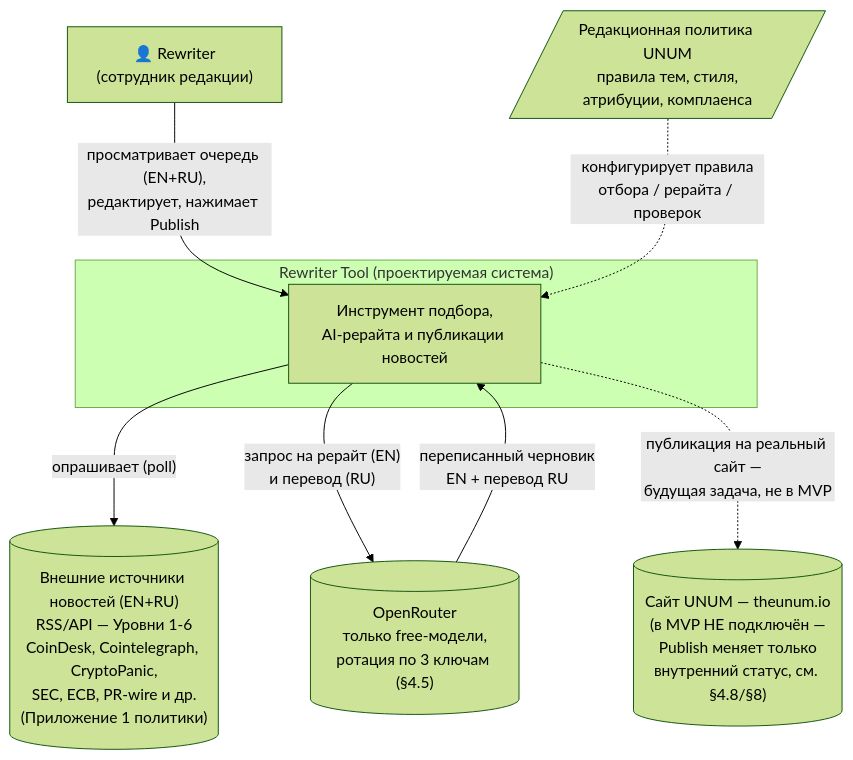
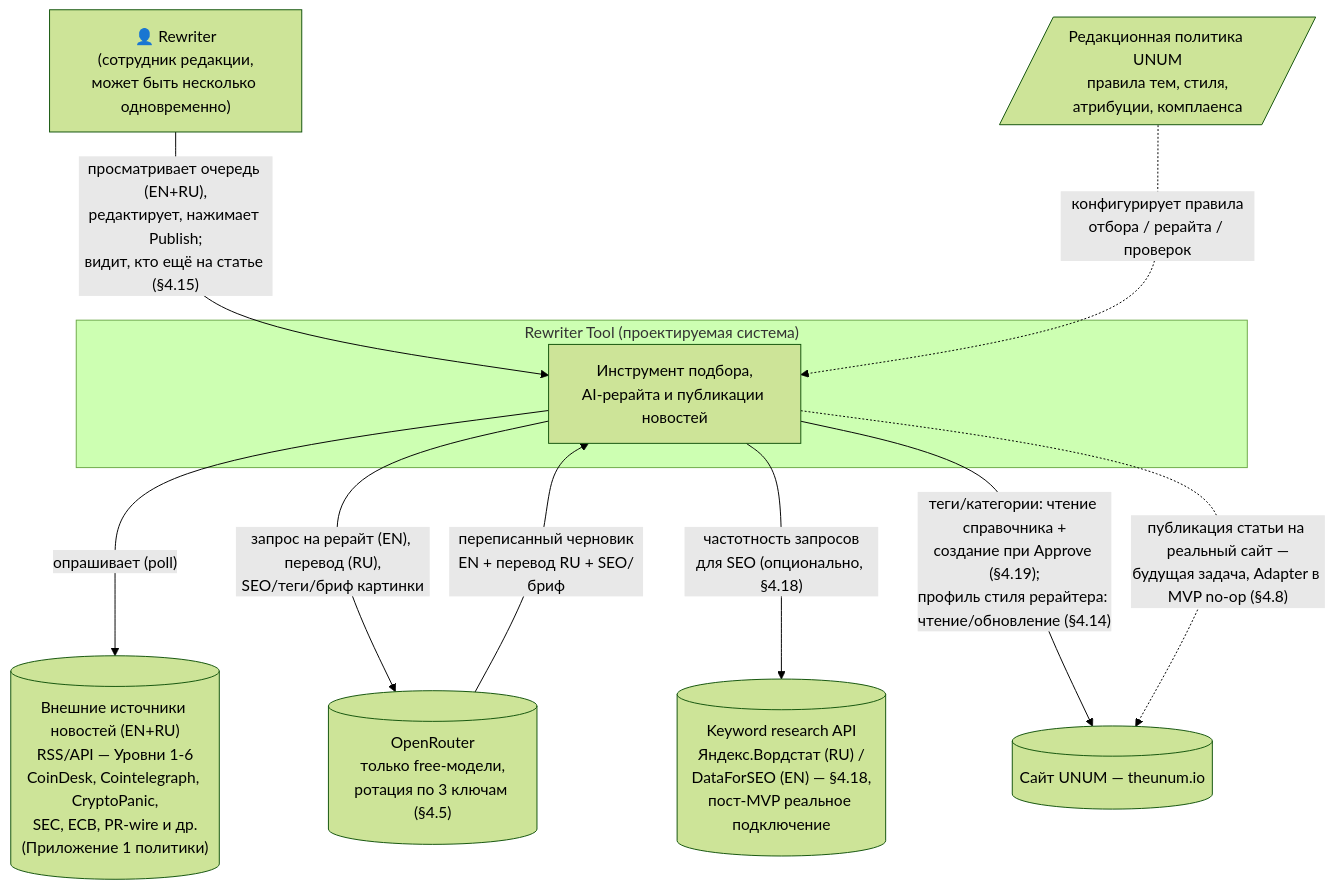
Before and after one commit to infotheunum/api-scribely: the first of 3 diagrams in docs/ТЗ_Rewriter_Tool_Черновик.md, drawn with Mermaid (forest theme). The commit also changed other lines of this file and 2 other files, not shown here.

````diff
--- a/docs/ТЗ_Rewriter_Tool_Черновик.md
+++ b/docs/ТЗ_Rewriter_Tool_Черновик.md
@@ -359,20 +736,23 @@
 ```mermaid
 flowchart TB
-    Rewriter["👤 Rewriter<br/>(сотрудник редакции)"]
+    Rewriter["👤 Rewriter<br/>(сотрудник редакции,<br/>может быть несколько одновременно)"]
 
     subgraph SUT["Rewriter Tool (проектируемая система)"]
         RT["Инструмент подбора,<br/>AI-рерайта и публикации новостей"]
     end
 
     Sources[("Внешние источники новостей (EN+RU)<br/>RSS/API — Уровни 1-6<br/>CoinDesk, Cointelegraph, CryptoPanic,<br/>SEC, ECB, PR-wire и др.<br/>(Приложение 1 политики)")]
     OpenRouter[("OpenRouter<br/>только free-модели,<br/>ротация по 3 ключам (§4.5)")]
-    Site[("Сайт UNUM — theunum.io<br/>(в MVP НЕ подключён —<br/>Publish меняет только<br/>внутренний статус, см. §4.8/§8)")]
+    Keywords[("Keyword research API<br/>Яндекс.Вордстат (RU) /<br/>DataForSEO (EN) — §4.18,<br/>пост-MVP реальное подключение")]
+    Site[("Сайт UNUM — theunum.io")]
     Policy[/"Редакционная политика UNUM<br/>правила тем, стиля,<br/>атрибуции, комплаенса"/]
 
-    Rewriter -- "просматривает очередь (EN+RU),<br/>редактирует, нажимает Publish" --> RT
+    Rewriter -- "просматривает очередь (EN+RU),<br/>редактирует, нажимает Publish;<br/>видит, кто ещё на статье (§4.15)" --> RT
     RT -- "опрашивает (poll)" --> Sources
-    RT -- "запрос на рерайт (EN)<br/>и перевод (RU)" --> OpenRouter
-    OpenRouter -- "переписанный черновик<br/>EN + перевод RU" --> RT
-    RT -. "публикация на реальный сайт —<br/>будущая задача, не в MVP" .-> Site
+    RT -- "запрос на рерайт (EN), перевод (RU),<br/>SEO/теги/бриф картинки" --> OpenRouter
+    OpenRouter -- "переписанный черновик<br/>EN + перевод RU + SEO/бриф" --> RT
+    RT -- "частотность запросов<br/>для SEO (опционально, §4.18)" --> Keywords
+    RT -- "теги/категории: чтение справочника +<br/>создание при Approve (§4.19);<br/>профиль стиля рерайтера: чтение/обновление (§4.14)" --> Site
+    RT -. "публикация статьи на реальный сайт —<br/>будущая задача, Adapter в MVP no-op (§4.8)" .-> Site
     Policy -. "конфигурирует правила<br/>отбора / рерайта / проверок" .-> RT
 ```
````
